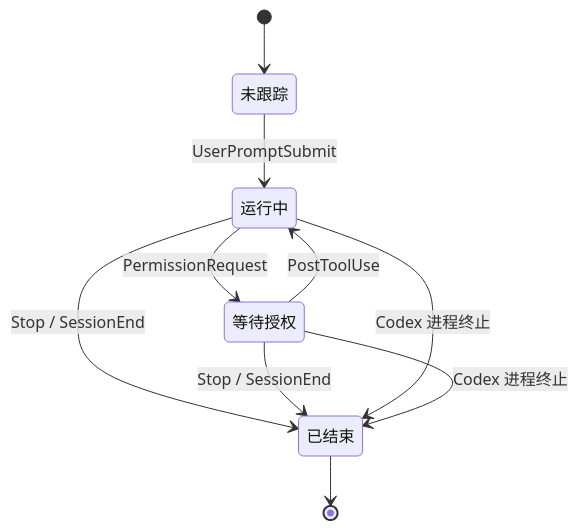
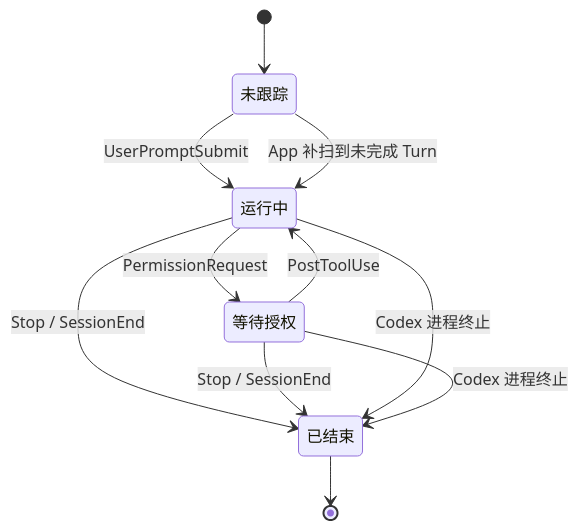
Before and after one commit to ooAKLoo/terminap: the first of 2 diagrams in docs/PRODUCT_STATE_LOGIC.md, drawn with Mermaid. The commit also changed other lines of this file and 8 other files, not shown here.

````diff
--- a/docs/PRODUCT_STATE_LOGIC.md
+++ b/docs/PRODUCT_STATE_LOGIC.md
@@ -22,12 +22,13 @@
 ```mermaid
 stateDiagram-v2
     [*] --> 未跟踪
     未跟踪 --> 运行中: UserPromptSubmit
+    未跟踪 --> 运行中: App 补扫到未完成 Turn
     运行中 --> 等待授权: PermissionRequest
     等待授权 --> 运行中: PostToolUse
     运行中 --> 已结束: Stop / SessionEnd
     等待授权 --> 已结束: Stop / SessionEnd
     运行中 --> 已结束: Codex 进程终止
     等待授权 --> 已结束: Codex 进程终止
     已结束 --> [*]
 ```
````
